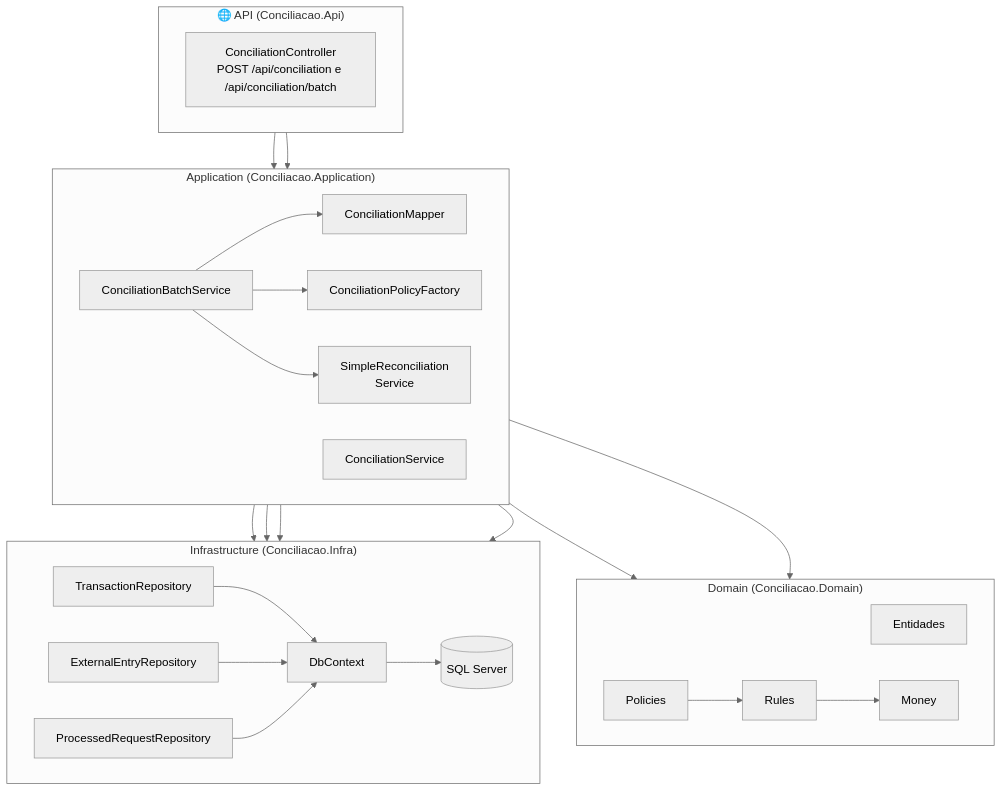
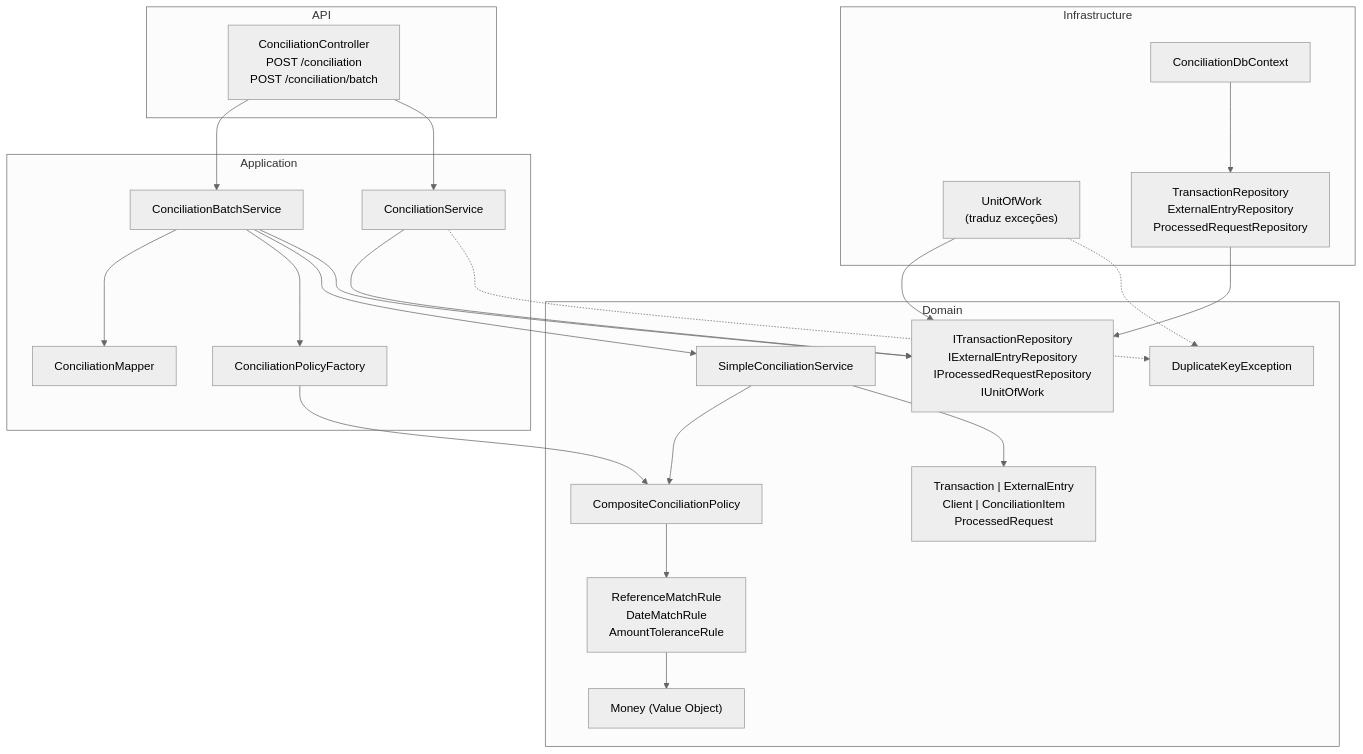
The fifth of 12 diagrams in docs/DIAGRAMAS-PROJETO.md (awernek/Conciliacao), drawn with Mermaid (neutral theme) before and after one commit. The commit also changed other lines of this file and 22 other files, not shown here.

First line of the commit message:
refactor: update reconciliation policies and enhance domain structure

````diff
--- a/docs/DIAGRAMAS-PROJETO.md
+++ b/docs/DIAGRAMAS-PROJETO.md
@@ -148,52 +117,47 @@
 ```mermaid
-flowchart TB
-    subgraph API["🌐 API (Conciliacao.Api)"]
-        direction LR
-        CC["ConciliationController<br/>POST /api/conciliation e /api/conciliation/batch"]
+graph TB
+    subgraph " API"
+        CC["ConciliationController<br/>POST /conciliation<br/>POST /conciliation/batch"]
     end
 
-    subgraph APP["Application (Conciliacao.Application)"]
-        direction LR
+    subgraph " Application"
         CBS["ConciliationBatchService"]
         CS["ConciliationService"]
-        SRS["SimpleReconciliation<br/>Service (Domain)"]
-        FAC["ConciliationPolicyFactory"]
-        MAP["ConciliationMapper"]
+        CPF["ConciliationPolicyFactory"]
+        CM["ConciliationMapper"]
     end
 
-    subgraph DOM["Domain (Conciliacao.Domain)"]
-        direction LR
-        ENT["Entidades"]
-        POL["Policies"]
-        RUL["Rules"]
-        MON["Money"]
-        SRS["SimpleReconciliation<br/>Service"]
+    subgraph " Domain"
+        SRS["SimpleConciliationService"]
+        POL["CompositeConciliationPolicy"]
+        RULES["ReferenceMatchRule<br/>DateMatchRule<br/>AmountToleranceRule"]
+        ENT["Transaction | ExternalEntry<br/>Client | ConciliationItem<br/>ProcessedRequest"]
+        DKE["DuplicateKeyException"]
+        MO["Money (Value Object)"]
+        REPO_I["ITransactionRepository<br/>IExternalEntryRepository<br/>IProcessedRequestRepository<br/>IUnitOfWork"]
     end
 
-    subgraph INFRA["Infrastructure (Conciliacao.Infra)"]
-        direction LR
-        CTX["DbContext"]
-        TXR["TransactionRepository"]
-        EXR["ExternalEntryRepository"]
-        PRR["ProcessedRequestRepository"]
-        DB[("SQL Server")]
+    subgraph " Infrastructure"
+        CTX["ConciliationDbContext"]
+        UOW["UnitOfWork<br/>(traduz exceções)"]
+        REPO["TransactionRepository<br/>ExternalEntryRepository<br/>ProcessedRequestRepository"]
     end
 
     CC --> CBS
     CC --> CS
-    CBS --> MAP
-    CBS --> FAC
+    CBS --> CM
+    CBS --> CPF
     CBS --> SRS
-    CBS --> TXR
-    CBS --> EXR
-    CS --> TXR
-    CS --> PRR
-    FAC --> POL
+    CBS --> REPO_I
+    CS --> REPO_I
+    CS -.-> DKE
+    CPF --> POL
+    POL --> RULES
+    RULES --> MO
     SRS --> POL
-    POL --> RUL
-    RUL --> MON
-    CTX --> DB
-    TXR --> CTX
-    EXR --> CTX
-    PRR --> CTX
+    SRS --> ENT
+    REPO --> REPO_I
+    UOW --> REPO_I
+    UOW -.-> DKE
+    CTX --> REPO
 ```
````
